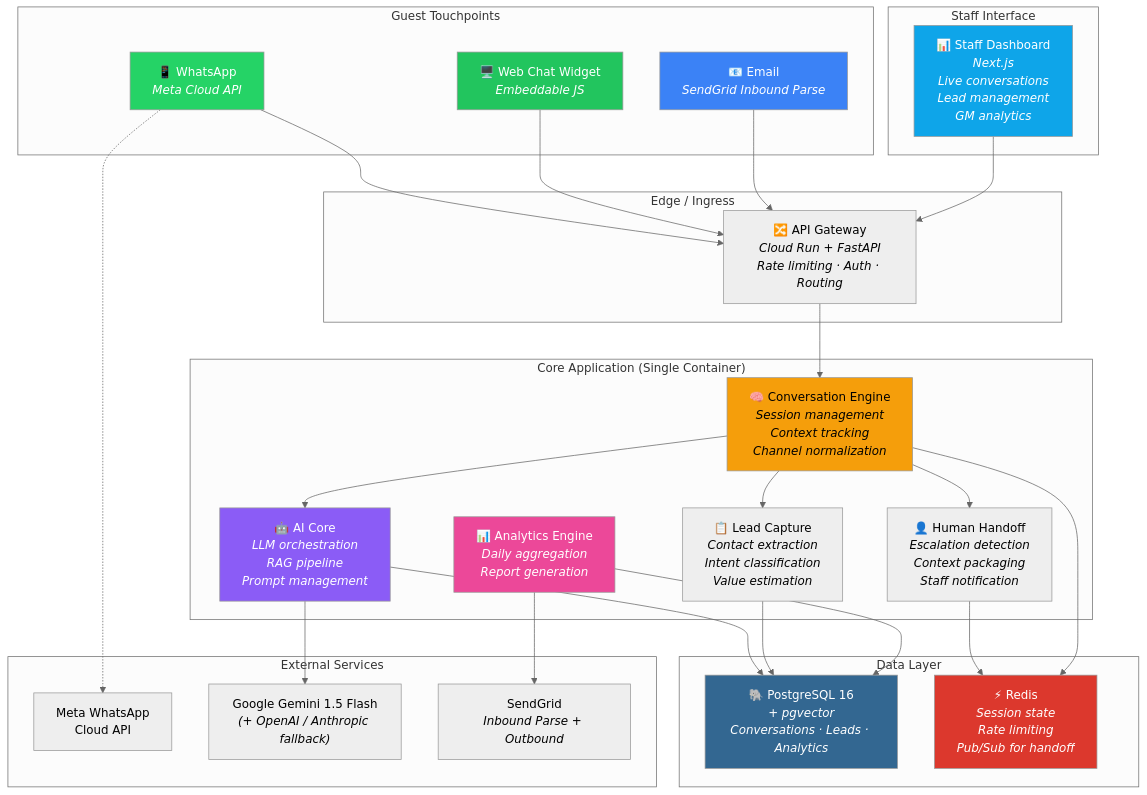
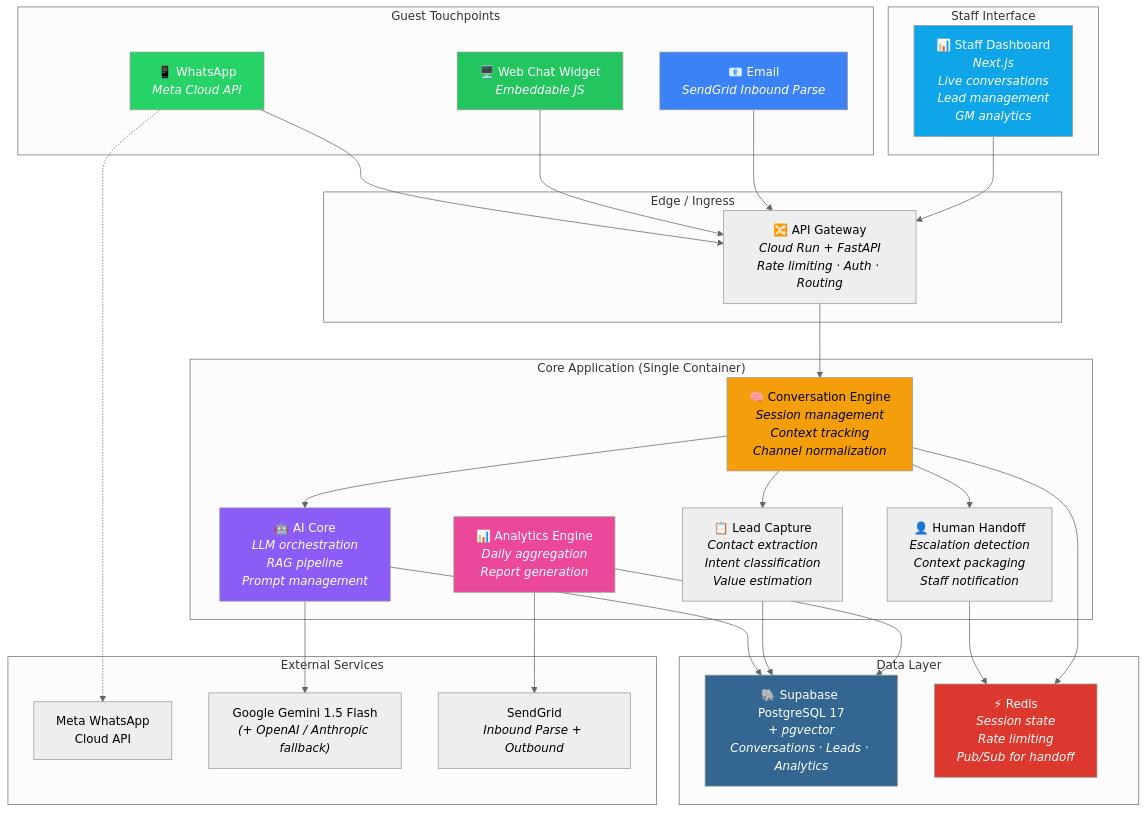
Before and after one commit to Sheers-Software/mvp-research-sheerssoft: the first of 5 diagrams in docs/architecture.md, drawn with Mermaid (neutral theme). The commit also changed other lines of this file and 2 other files, not shown here.

First line of the commit message:
docs: update prd, architecture, build plan to v2.2 — reflect v0.3.3 infra state

````diff
--- a/docs/architecture.md
+++ b/docs/architecture.md
@@ -23,62 +23,62 @@
 ```mermaid
 graph TB
     subgraph "Guest Touchpoints"
         WA["📱 WhatsApp<br/><i>Meta Cloud API</i>"]
         WW["🖥️ Web Chat Widget<br/><i>Embeddable JS</i>"]
         EM["📧 Email<br/><i>SendGrid Inbound Parse</i>"]
     end
 
     subgraph "Edge / Ingress"
         GW["🔀 API Gateway<br/><i>Cloud Run + FastAPI</i><br/><i>Rate limiting · Auth · Routing</i>"]
     end
 
     subgraph "Core Application (Single Container)"
         CE["🧠 Conversation Engine<br/><i>Session management</i><br/><i>Context tracking</i><br/><i>Channel normalization</i>"]
         AI["🤖 AI Core<br/><i>LLM orchestration</i><br/><i>RAG pipeline</i><br/><i>Prompt management</i>"]
         LC["📋 Lead Capture<br/><i>Contact extraction</i><br/><i>Intent classification</i><br/><i>Value estimation</i>"]
         HH["👤 Human Handoff<br/><i>Escalation detection</i><br/><i>Context packaging</i><br/><i>Staff notification</i>"]
         AN["📊 Analytics Engine<br/><i>Daily aggregation</i><br/><i>Report generation</i>"]
     end
 
     subgraph "Data Layer"
-        PG["🐘 PostgreSQL 16<br/><i>+ pgvector</i><br/><i>Conversations · Leads · Analytics</i>"]
+        PG["🐘 Supabase PostgreSQL 17<br/><i>+ pgvector</i><br/><i>Conversations · Leads · Analytics</i>"]
         RD["⚡ Redis<br/><i>Session state</i><br/><i>Rate limiting</i><br/><i>Pub/Sub for handoff</i>"]
     end
 
     subgraph "External Services"
         META["Meta WhatsApp<br/>Cloud API"]
         LLM["Google Gemini 1.5 Flash<br/><i>(+ OpenAI / Anthropic fallback)</i>"]
         SMTP["SendGrid<br/><i>Inbound Parse + Outbound</i>"]
     end
 
     subgraph "Staff Interface"
         DASH["📊 Staff Dashboard<br/><i>Next.js</i><br/><i>Live conversations</i><br/><i>Lead management</i><br/><i>GM analytics</i>"]
     end
 
     WA --> GW
     WW --> GW
     EM --> GW
     GW --> CE
     CE --> AI
     CE --> LC
     CE --> HH
     AI --> PG
     AI --> LLM
     LC --> PG
     HH --> RD
     AN --> PG
     AN --> SMTP
     CE --> RD
     DASH --> GW
     WA -.-> META
 
     style WA fill:#25D366,color:#fff
     style WW fill:#22c55e,color:#fff
     style EM fill:#3b82f6,color:#fff
     style CE fill:#f59e0b,color:#000
     style AI fill:#8b5cf6,color:#fff
     style AN fill:#ec4899,color:#fff
     style PG fill:#336791,color:#fff
     style RD fill:#DC382D,color:#fff
     style DASH fill:#0ea5e9,color:#fff
 ```
````
